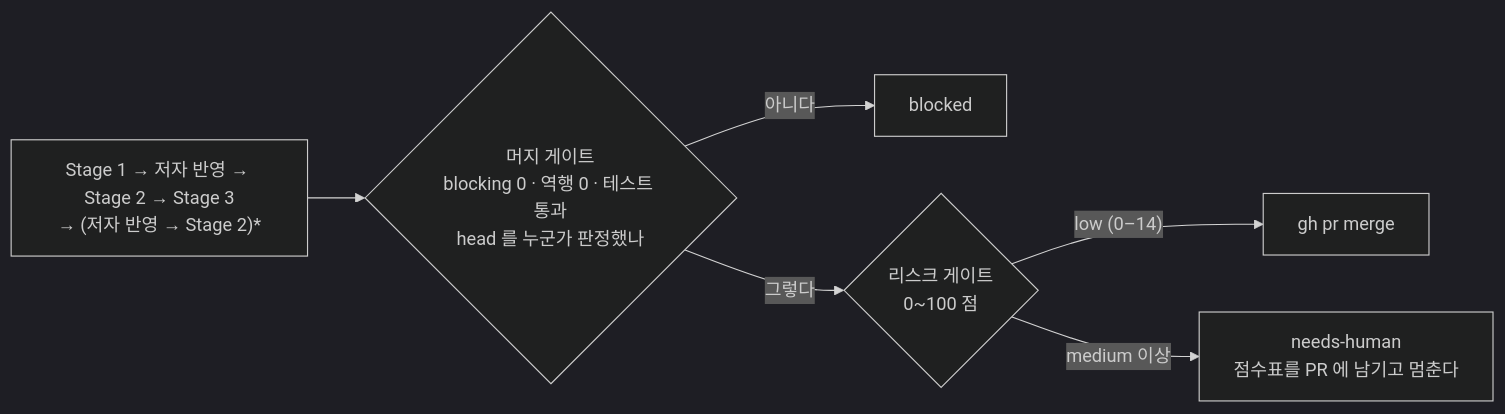
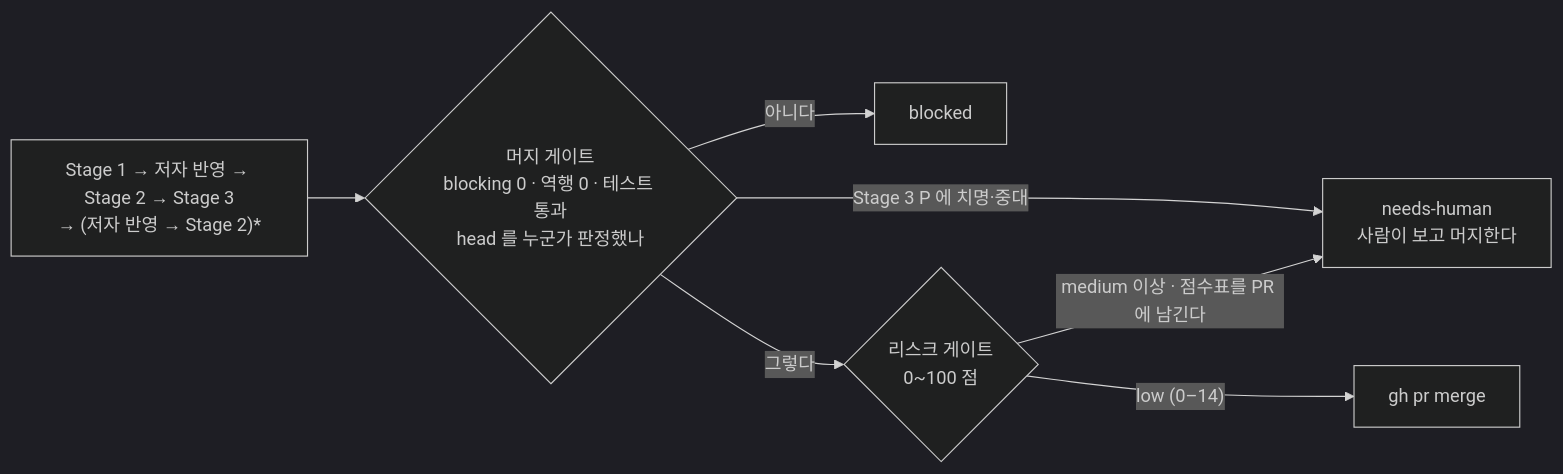
One commit to thswlsqls/tech-n-ai-backend changed the fourth of 4 diagrams in tools/pr-eval/README.md. Above: the diagram before and after it, drawn with Mermaid (dark theme). The commit also changed 6 other files, not shown here.

First line of the commit message:
feat : [main] pr-eval 머지 게이트가 Stage 3 이 찾은 치명·중대 결함에서 멈춘다

````diff
--- a/tools/pr-eval/README.md
+++ b/tools/pr-eval/README.md
@@ -153,8 +153,9 @@
 ```mermaid
 flowchart LR
   C["Stage 1 → 저자 반영 → Stage 2 → Stage 3<br/>→ (저자 반영 → Stage 2)*"] --> MG{"머지 게이트<br/>blocking 0 · 역행 0 · 테스트 통과<br/>head 를 누군가 판정했나"}
   MG -- 아니다 --> B[blocked]
+  MG -- "Stage 3 P 에 치명·중대" --> H
   MG -- 그렇다 --> RG{"리스크 게이트<br/>0~100 점"}
   RG -- "low (0–14)" --> M[gh pr merge]
-  RG -- "medium 이상" --> H["needs-human<br/>점수표를 PR 에 남기고 멈춘다"]
+  RG -- "medium 이상 · 점수표를 PR 에 남긴다" --> H["needs-human<br/>사람이 보고 머지한다"]
 ```
````
